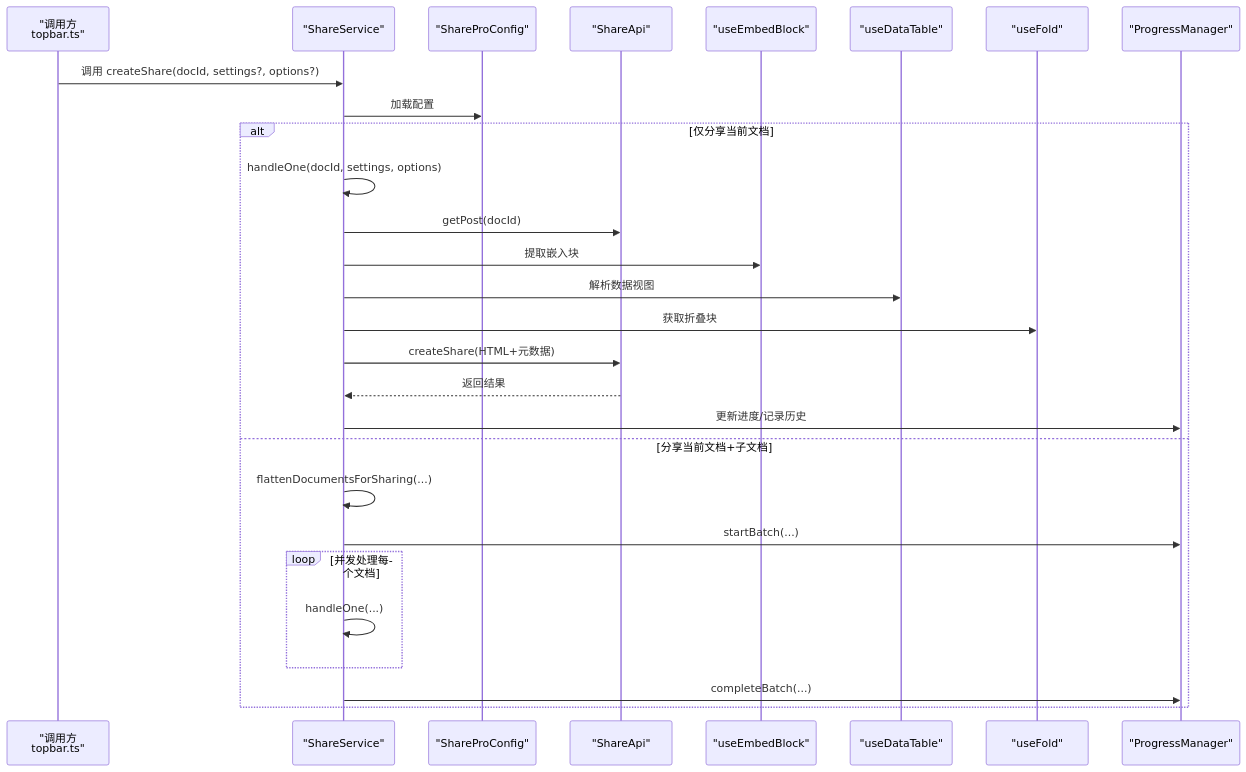
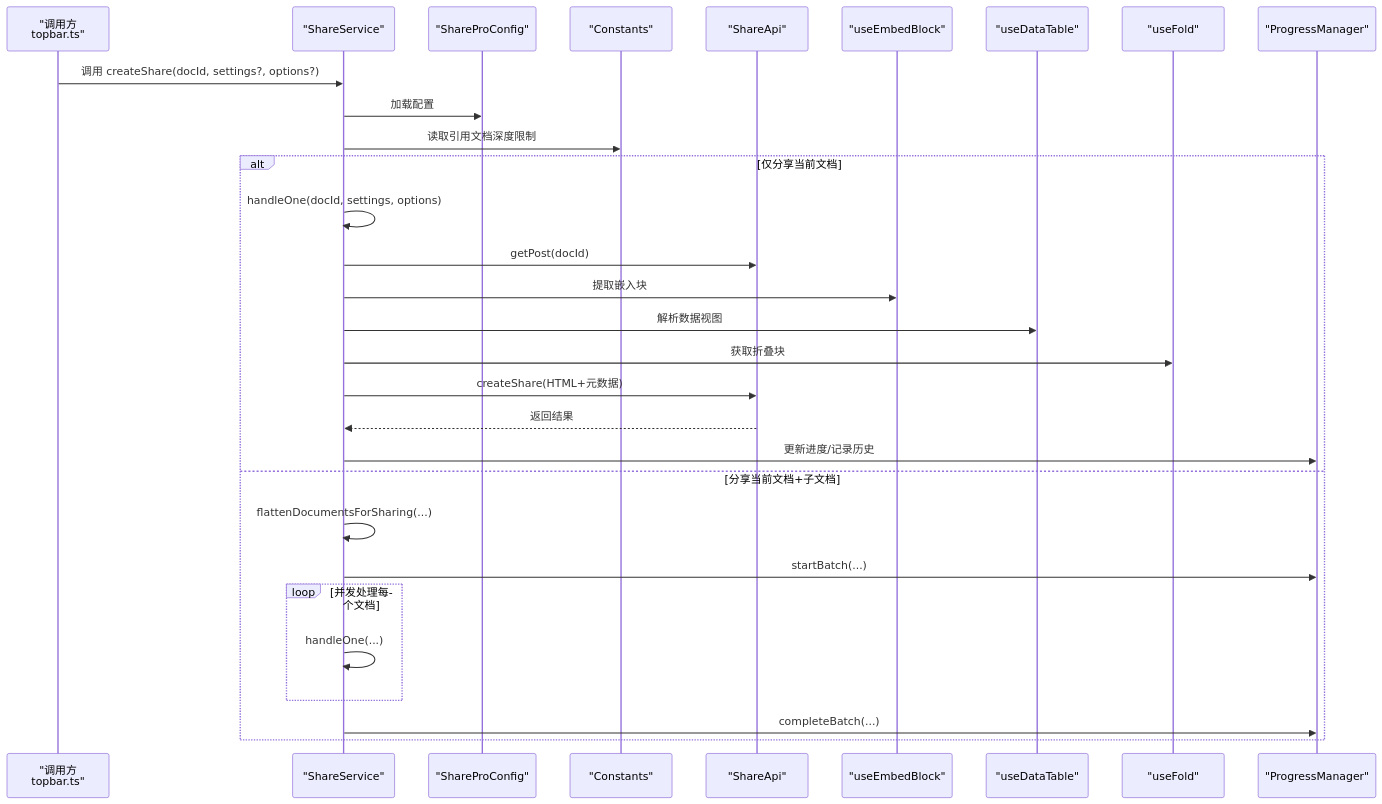
Before and after one commit to terwerinc/siyuan-plugin-share-pro: the second of 7 diagrams in .qoder/repowiki/zh/content/核心功能/分享服务.md, drawn with Mermaid. The commit also changed other lines of this file and 10 other files, not shown here.

````diff
--- a/.qoder/repowiki/zh/content/核心功能/分享服务.md
+++ b/.qoder/repowiki/zh/content/核心功能/分享服务.md
@@ -125,30 +155,32 @@
 ```mermaid
 sequenceDiagram
 participant UI as "调用方<br/>topbar.ts"
 participant SS as "ShareService"
 participant CFG as "ShareProConfig"
+participant CONST as "Constants"
 participant SA as "ShareApi"
 participant EB as "useEmbedBlock"
 participant DT as "useDataTable"
 participant FD as "useFold"
 participant PM as "ProgressManager"
 UI->>SS : 调用 createShare(docId, settings?, options?)
 SS->>CFG : 加载配置
+SS->>CONST : 读取引用文档深度限制
 alt 仅分享当前文档
 SS->>SS : handleOne(docId, settings, options)
 SS->>SA : getPost(docId)
 SS->>EB : 提取嵌入块
 SS->>DT : 解析数据视图
 SS->>FD : 获取折叠块
 SS->>SA : createShare(HTML+元数据)
 SA-->>SS : 返回结果
 SS->>PM : 更新进度/记录历史
 else 分享当前文档+子文档
 SS->>SS : flattenDocumentsForSharing(...)
 SS->>PM : startBatch(...)
 loop 并发处理每个文档
 SS->>SS : handleOne(...)
 end
 SS->>PM : completeBatch(...)
 end
 ```
````
